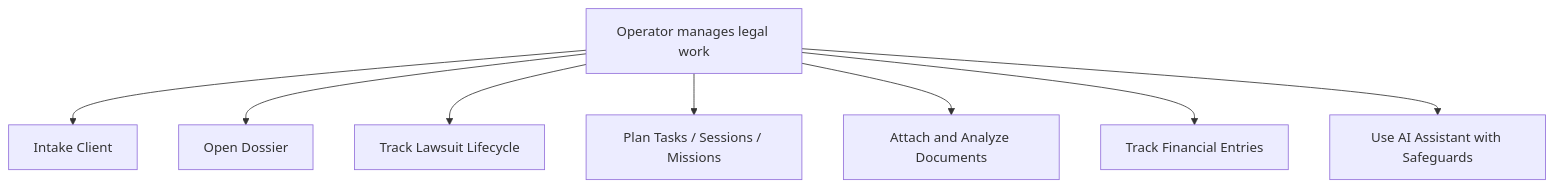
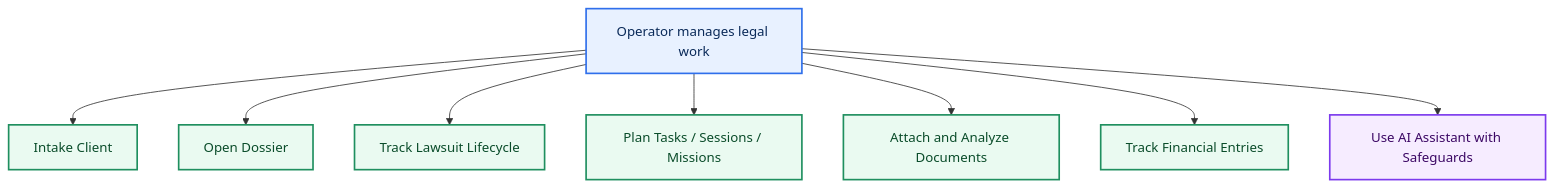
The first of 2 diagrams in docs/APP_LOGIC_USE_CASES.md (mootezaloui/ordinay-legacy), drawn with Mermaid before and after one commit. The commit also changed other lines of this file and 4 other files, not shown here.

First line of the commit message:
Update architecture docs wording and remove status

````diff
--- a/docs/APP_LOGIC_USE_CASES.md
+++ b/docs/APP_LOGIC_USE_CASES.md
@@ -5,10 +5,18 @@
 ```mermaid
 flowchart TD
     A["Operator manages legal work"] --> B["Intake Client"]
     A --> C["Open Dossier"]
     A --> D["Track Lawsuit Lifecycle"]
     A --> E["Plan Tasks / Sessions / Missions"]
     A --> F["Attach and Analyze Documents"]
     A --> G["Track Financial Entries"]
     A --> H["Use AI Assistant with Safeguards"]
+
+    classDef root fill:#E8F1FF,stroke:#2F6FEB,color:#0A2A59,stroke-width:2px;
+    classDef core fill:#EAFAF1,stroke:#1F8F5F,color:#0A4C2A,stroke-width:2px;
+    classDef ai fill:#F6ECFF,stroke:#7C3AED,color:#3B0764,stroke-width:2px;
+
+    class A root;
+    class B,C,D,E,F,G core;
+    class H ai;
 ```
````
